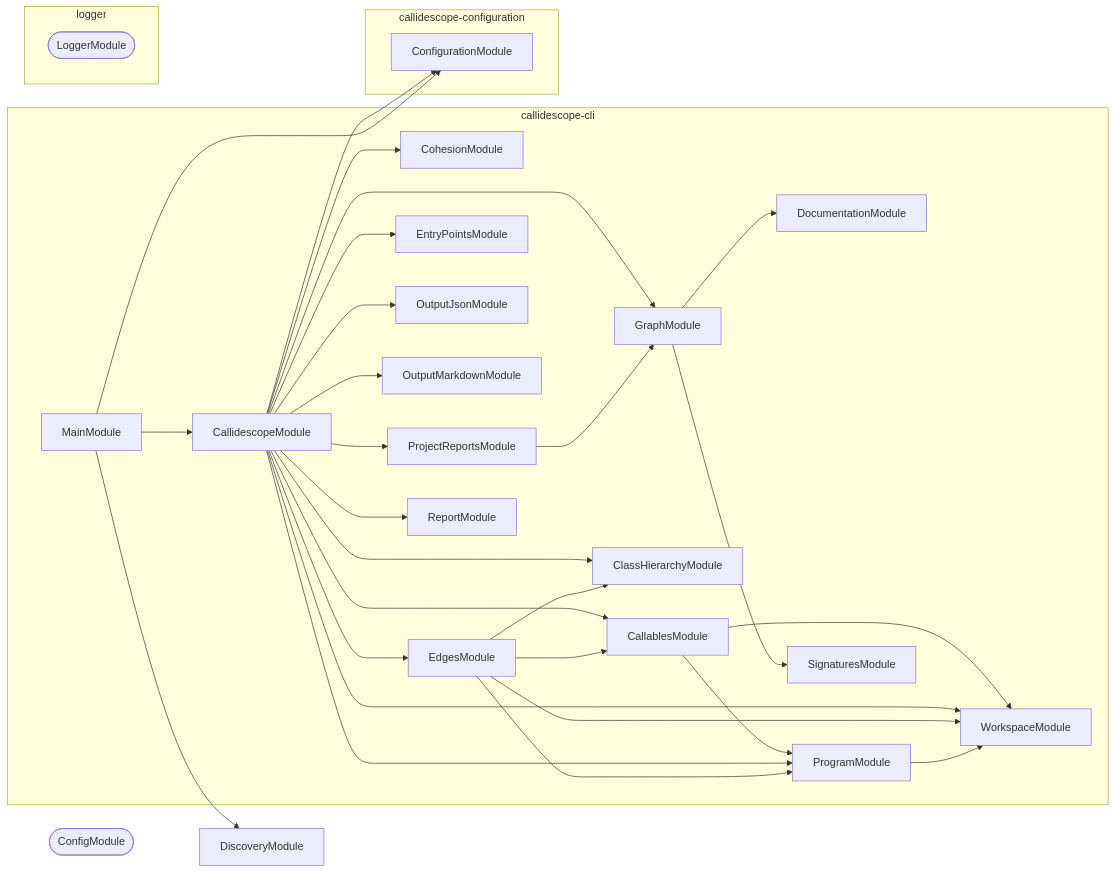
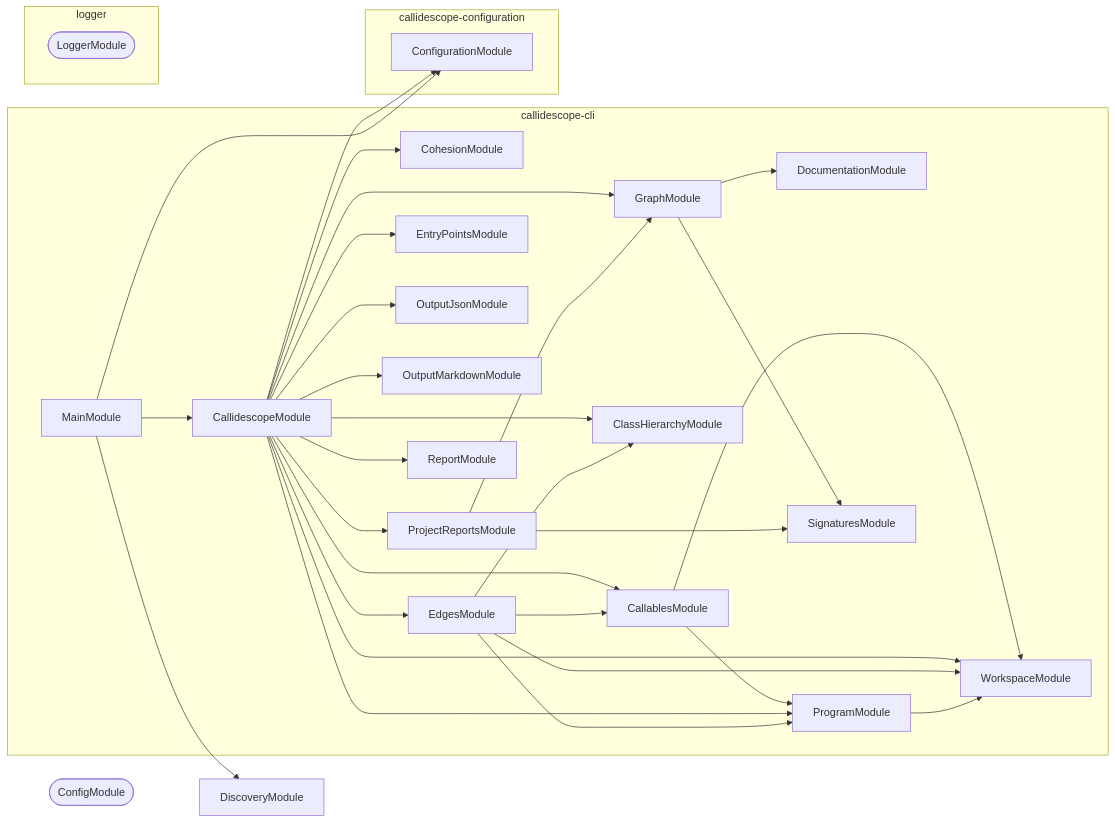
One commit to JimmyPaolini/codebase changed the diagram in packages/callidescope-cli/AGENTS.md. Above: the diagram before and after it, drawn with Mermaid. The commit also changed 5 other files, not shown here.

````diff
--- a/packages/callidescope-cli/AGENTS.md
+++ b/packages/callidescope-cli/AGENTS.md
@@ -62,55 +62,56 @@
 ```mermaid
 flowchart LR
   subgraph group0["callidescope-cli"]
     CallablesModule
     CallidescopeModule
     ClassHierarchyModule
     CohesionModule
     DocumentationModule
     EdgesModule
     EntryPointsModule
     GraphModule
     MainModule
     OutputJsonModule
     OutputMarkdownModule
     ProgramModule
     ProjectReportsModule
     ReportModule
     SignaturesModule
     WorkspaceModule
   end
   subgraph group1["callidescope-configuration"]
     ConfigurationModule
   end
   subgraph group2["logger"]
     LoggerModule([LoggerModule])
   end
   ConfigModule([ConfigModule])
   DiscoveryModule
   CallablesModule --> ProgramModule
   CallablesModule --> WorkspaceModule
   CallidescopeModule --> CallablesModule
   CallidescopeModule --> ClassHierarchyModule
   CallidescopeModule --> CohesionModule
   CallidescopeModule --> ConfigurationModule
   CallidescopeModule --> EdgesModule
   CallidescopeModule --> EntryPointsModule
   CallidescopeModule --> GraphModule
   CallidescopeModule --> OutputJsonModule
   CallidescopeModule --> OutputMarkdownModule
   CallidescopeModule --> ProgramModule
   CallidescopeModule --> ProjectReportsModule
   CallidescopeModule --> ReportModule
   CallidescopeModule --> WorkspaceModule
   EdgesModule --> CallablesModule
   EdgesModule --> ClassHierarchyModule
   EdgesModule --> ProgramModule
   EdgesModule --> WorkspaceModule
   GraphModule --> DocumentationModule
   GraphModule --> SignaturesModule
   MainModule --> CallidescopeModule
   MainModule --> ConfigurationModule
   MainModule --> DiscoveryModule
   ProgramModule --> WorkspaceModule
   ProjectReportsModule --> GraphModule
+  ProjectReportsModule --> SignaturesModule
 ```
````
